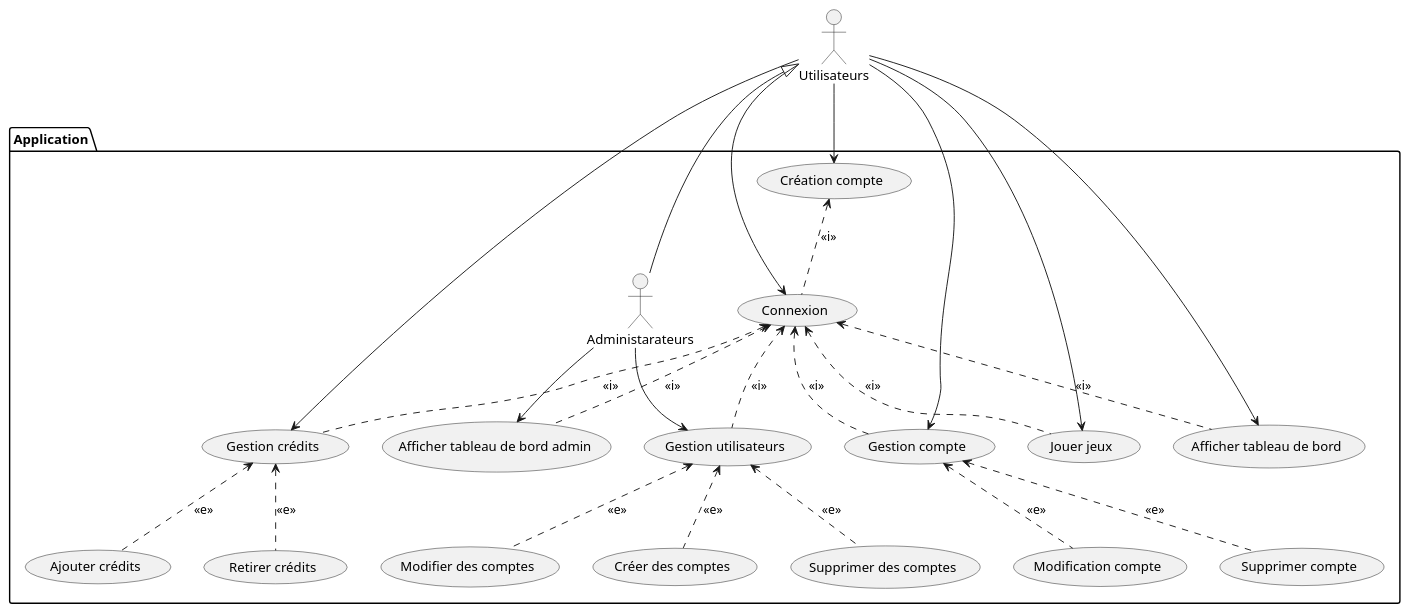
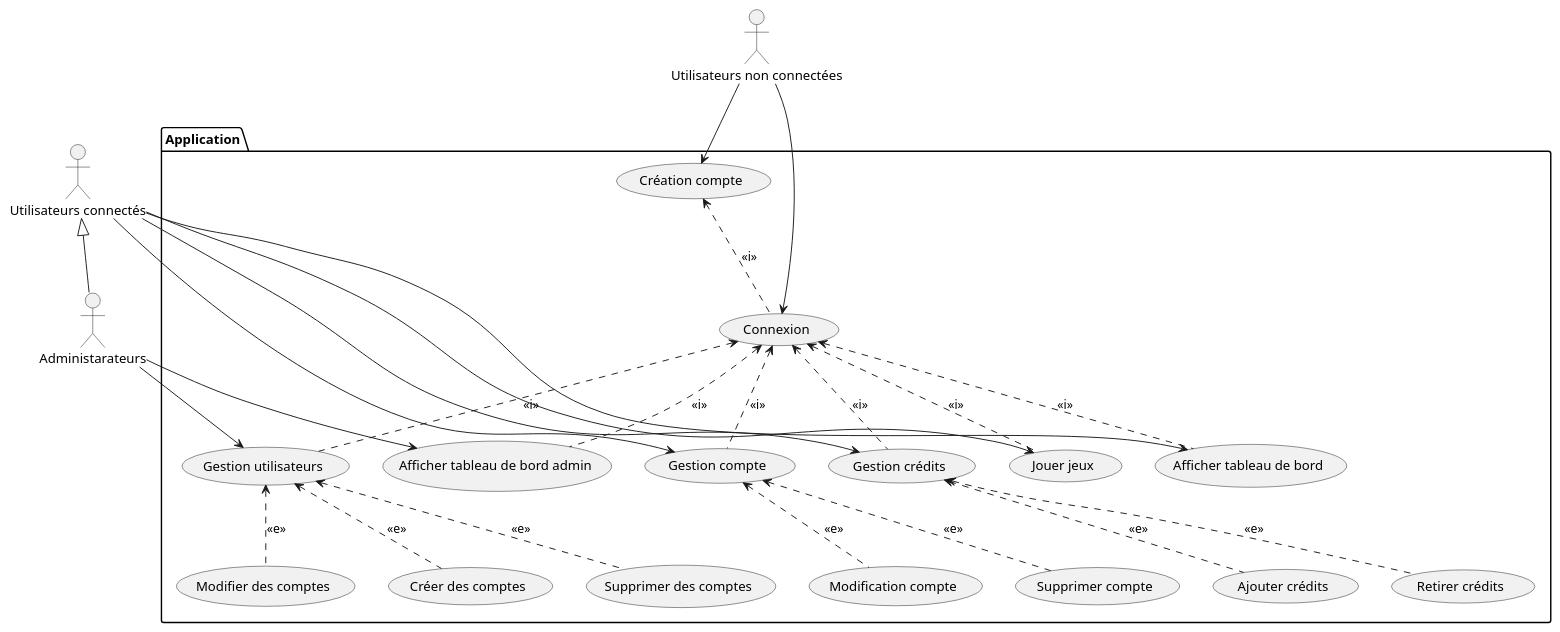
Before and after one commit to jojo-jrd/Ensimag-CasiDio: the first of 3 diagrams in README.md, drawn with PlantUML.

Commit message:
[FIX] changement diagramme de classe

````diff
--- a/README.md
+++ b/README.md
@@ -13,53 +13,53 @@
 ```plantuml
 @startuml
 
-:Utilisateurs: as User
+:Utilisateurs connectés: as User
+:Utilisateurs non connectées: as UserNotConnected
+:Administarateurs: as Admin
 
 package Application {
-
-  :Administarateurs: as Admin
   
   "Connexion" as (Login)
   "Gestion compte" as (AccountManagement)
   "Gestion utilisateurs" as (AccountAdminManagement)
   "Gestion crédits" as (CreditManagement)
   "Création compte" as (CreateAccount)
   "Connexion" as (Login)
   "Modifier des comptes" as (UpdateAccountAdmin)
   "Jouer jeux" as (PlayGames)
   "Afficher tableau de bord" as (DashBoard)
   "Afficher tableau de bord admin" as (DashBoardAdmin)
   
   User <|-- Admin
-  User --> (Login)
-  User --> (AccountManagement)
+  UserNotConnected --> (Login)
+  UserNotConnected --> (CreateAccount)
+  User -> (AccountManagement)
   User -> (CreditManagement)
-  User --> (CreateAccount)
   User --> (PlayGames)
   User --> (DashBoard)
   Admin --> (DashBoardAdmin)
   Admin --> (AccountAdminManagement)
   
   (CreateAccount) <-- (Login) #line.dashed : <<i>>
   
   (Login) <-- (DashBoard) #line.dashed : <<i>>
   (Login) <-- (PlayGames) #line.dashed : <<i>>
   (Login) <-- (DashBoardAdmin) #line.dashed : <<i>>
   
   (Login) <-- (AccountManagement) #line.dashed : <<i>>
   (AccountManagement) <-- (Modification compte) #line.dashed : <<e>>
   (AccountManagement) <-- (Supprimer compte) #line.dashed : <<e>>
   
   (Login) <-- (CreditManagement) #line.dashed : <<i>>
   (CreditManagement) <-- (Ajouter crédits) #line.dashed : <<e>>
   (CreditManagement) <-- (Retirer crédits) #line.dashed : <<e>>
   
   (Login) <--  (AccountAdminManagement) #line.dashed : <<i>>
   (AccountAdminManagement) <-- (Créer des comptes) #line.dashed : <<e>>
   (AccountAdminManagement) <-- (UpdateAccountAdmin) #line.dashed : <<e>>
   (AccountAdminManagement) <-- (Supprimer des comptes) #line.dashed : <<e>>
 
 }
 
 @enduml
 ```
````
